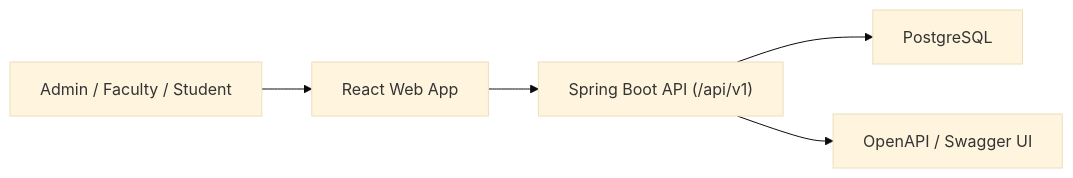
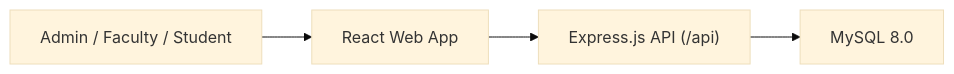
Before and after one commit to ansht120/college-full-stack-web-development-project: the first of 4 diagrams in docs/architecture.md, drawn with Mermaid (base theme). The commit also changed other lines of this file and 5 other files, not shown here.

````diff
--- a/docs/architecture.md
+++ b/docs/architecture.md
@@ -5,7 +5,6 @@
 ```mermaid
 flowchart LR
     User["Admin / Faculty / Student"] --> React["React Web App"]
-    React --> Api["Spring Boot API (/api/v1)"]
-    Api --> Db["PostgreSQL"]
-    Api --> Swagger["OpenAPI / Swagger UI"]
+    React --> Api["Express.js API (/api)"]
+    Api --> Db["MySQL 8.0"]
 ```
````
